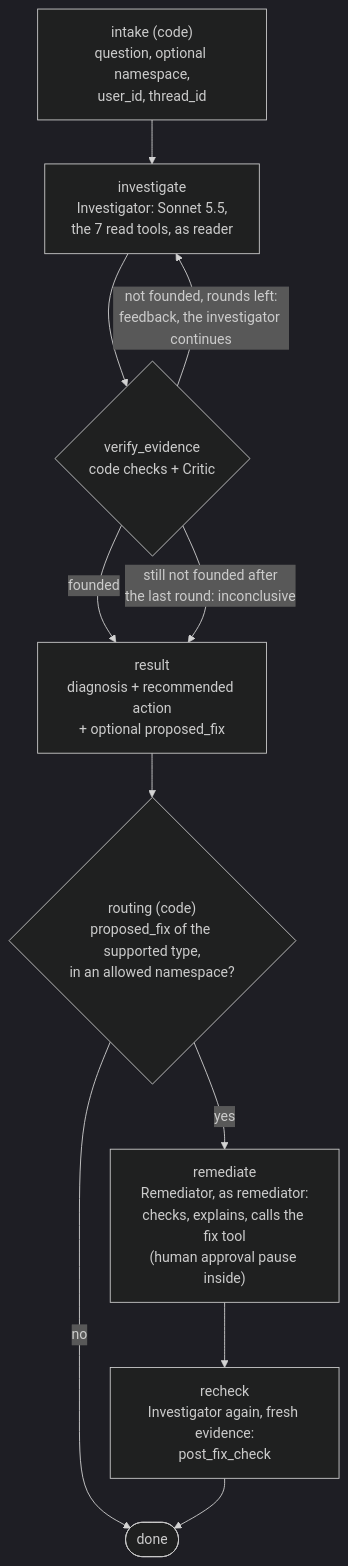
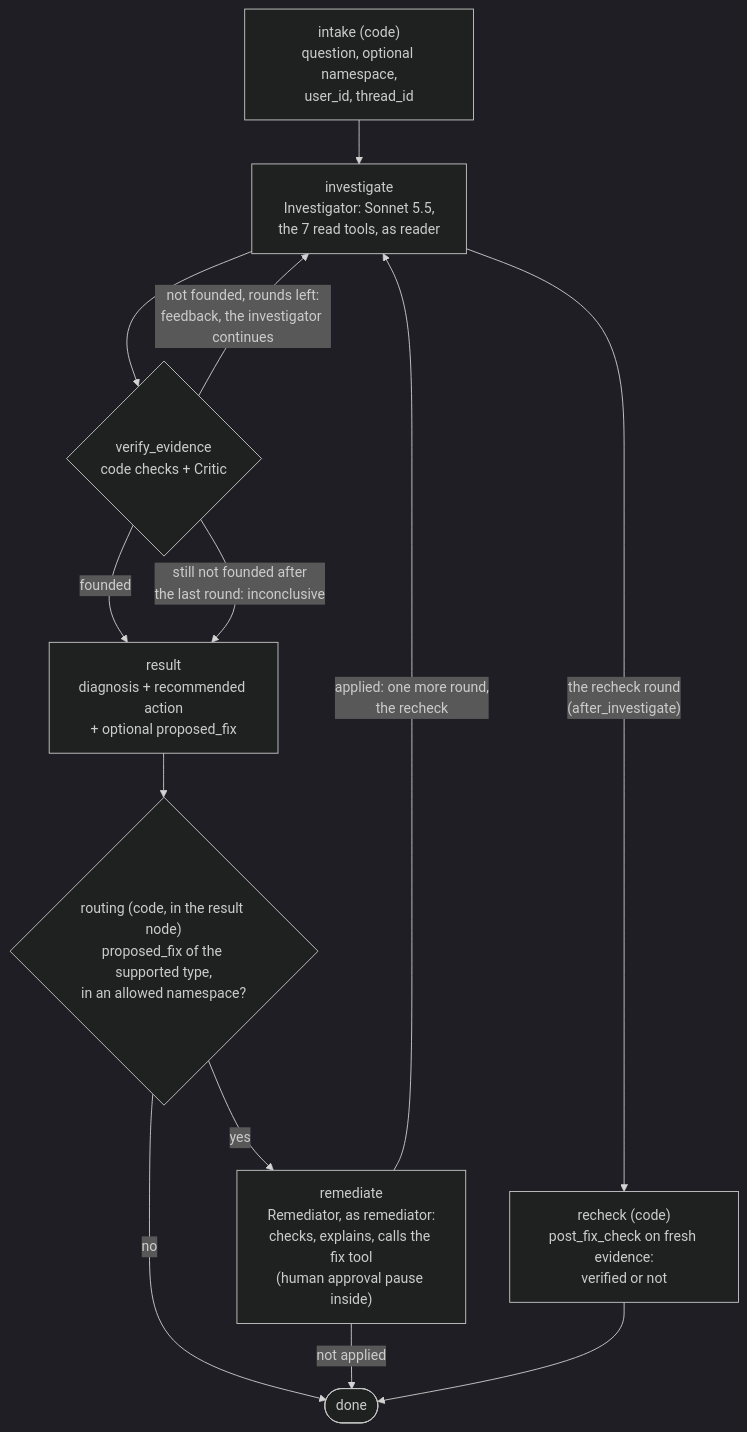
The third of 7 diagrams in SPEC.md (tomershukhman/k8s-troubleshooting-agent), drawn with Mermaid (dark theme) before and after one commit. The commit also changed other lines of this file and 29 other files, not shown here.

````diff
--- a/SPEC.md
+++ b/SPEC.md
@@ -309,13 +312,15 @@
 ```mermaid
 flowchart TD
     intake["intake (code)<br/>question, optional namespace,<br/>user_id, thread_id"] --> investigate["investigate<br/>Investigator: Sonnet 5.5,<br/>the 7 read tools, as reader"]
     investigate --> verify{"verify_evidence<br/>code checks + Critic"}
     verify -- "not founded, rounds left:<br/>feedback, the investigator continues" --> investigate
     verify -- "founded" --> result["result<br/>diagnosis + recommended action<br/>+ optional proposed_fix"]
     verify -- "still not founded after<br/>the last round: inconclusive" --> result
-    result --> route{"routing (code)<br/>proposed_fix of the supported type,<br/>in an allowed namespace?"}
+    result --> route{"routing (code, in the result node)<br/>proposed_fix of the supported type,<br/>in an allowed namespace?"}
     route -- "no" --> done(["done"])
     route -- "yes" --> remediate["remediate<br/>Remediator, as remediator:<br/>checks, explains, calls the fix tool<br/>(human approval pause inside)"]
-    remediate --> recheck["recheck<br/>Investigator again, fresh evidence:<br/>post_fix_check"]
+    remediate -- "not applied" --> done
+    remediate -- "applied: one more round,<br/>the recheck" --> investigate
+    investigate -- "the recheck round<br/>(after_investigate)" --> recheck["recheck (code)<br/>post_fix_check on fresh evidence:<br/>verified or not"]
     recheck --> done
 ```
````
